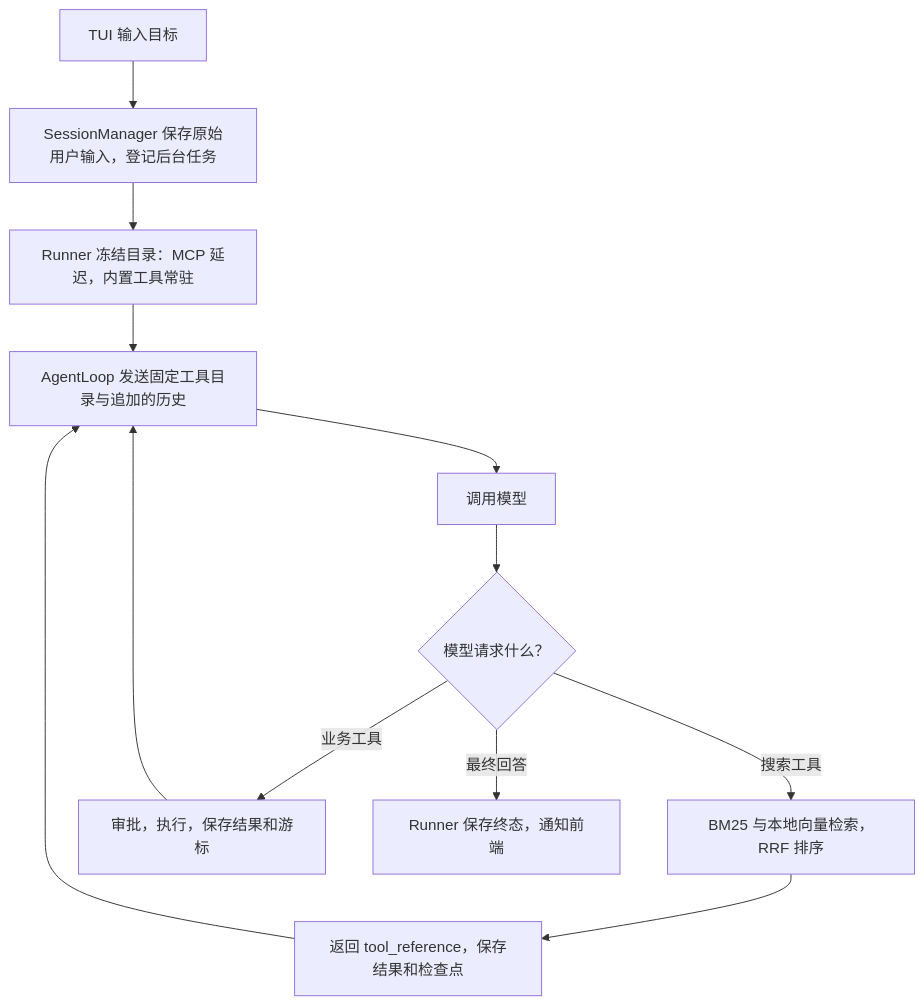
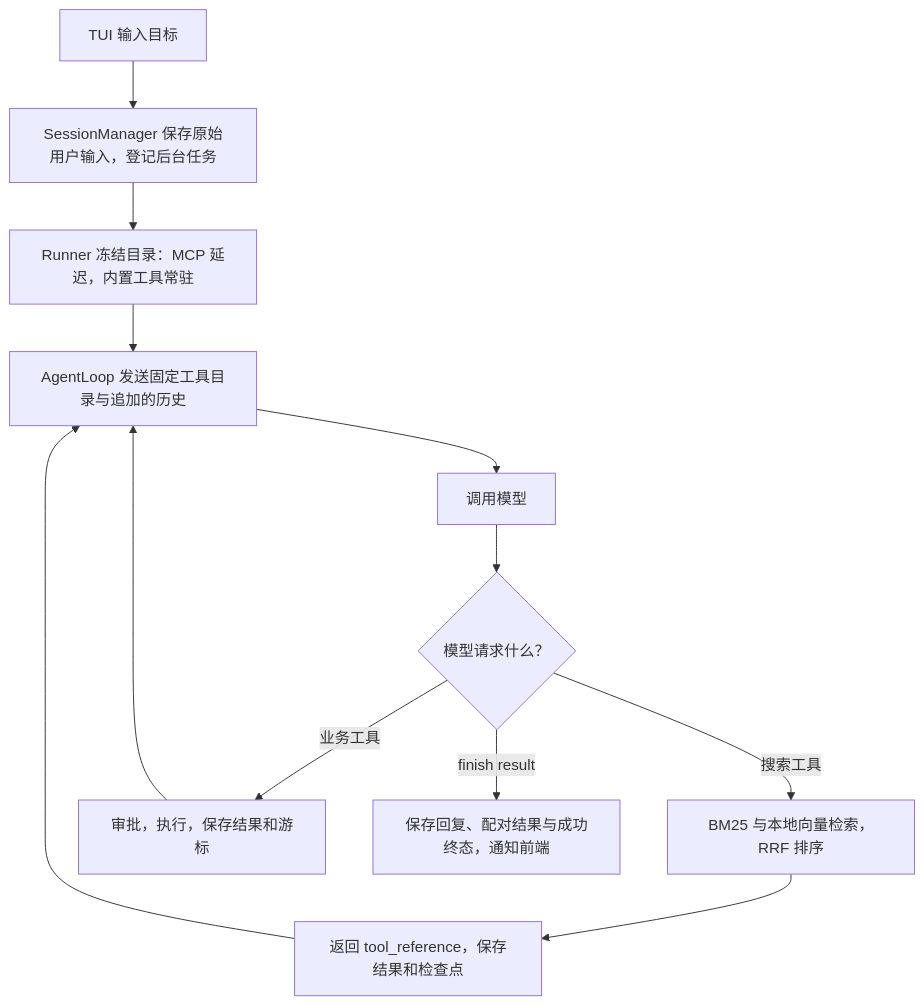
Before and after one commit to 6xiaoming6/KamaClaude: the diagram in README.md, drawn with Mermaid. The commit also changed other lines of this file and 36 other files, not shown here.

````diff
--- a/README.md
+++ b/README.md
@@ -27,14 +27,14 @@
 ```mermaid
 flowchart TD
     U[TUI 输入目标] --> M[SessionManager 保存原始用户输入，登记后台任务]
     M --> R[Runner 冻结目录：MCP 延迟，内置工具常驻]
     R --> L[AgentLoop 发送固定工具目录与追加的历史]
     L --> Q[调用模型]
     Q --> S{模型请求什么？}
     S -->|搜索工具| H[BM25 与本地向量检索，RRF 排序]
     H --> A[返回 tool_reference，保存结果和检查点]
     A --> L
     S -->|业务工具| T[审批，执行，保存结果和游标]
     T --> L
-    S -->|最终回答| F[Runner 保存终态，通知前端]
+    S -->|finish result| F[保存回复、配对结果与成功终态，通知前端]
 ```
````
